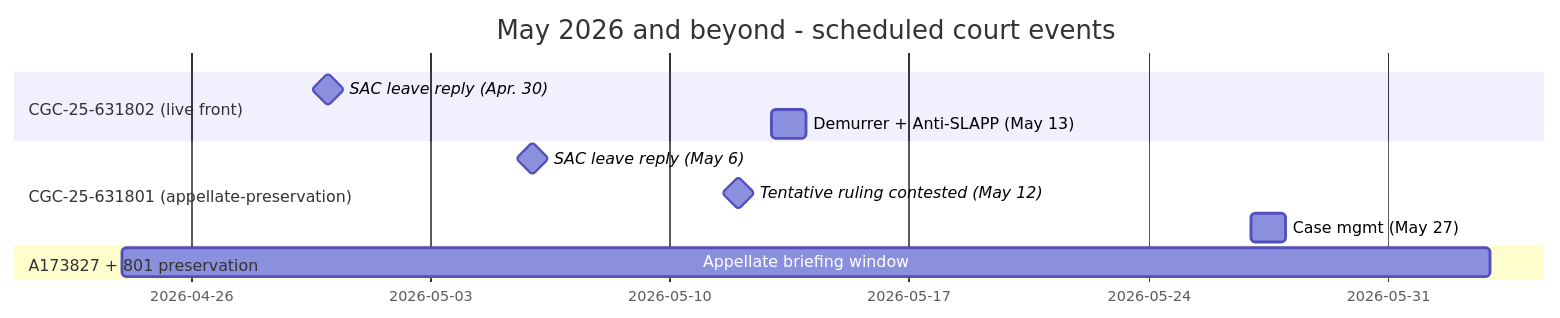
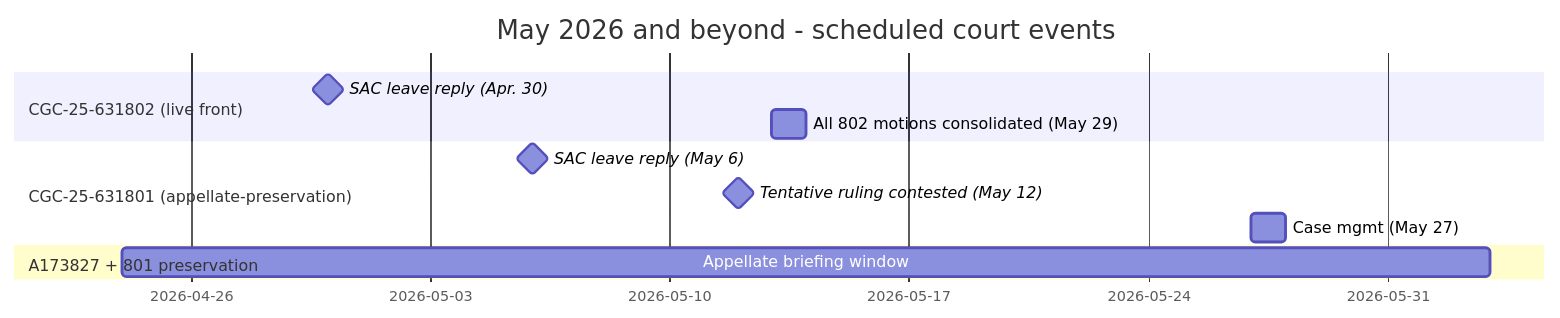
The first of 3 diagrams in README.md (Municipal-Public-Trust-in-A-i/CSAA-ABDELHALIM-WONG-PSA-CSK), drawn with Mermaid before and after one commit. The commit also changed other lines of this file and 16 other files, not shown here.

````diff
--- a/README.md
+++ b/README.md
@@ -267,14 +267,14 @@
 ```mermaid
 gantt
     title May 2026 and beyond - scheduled court events
     dateFormat YYYY-MM-DD
     section CGC-25-631802 (live front)
     SAC leave reply (Apr. 30)        :milestone, m802a, 2026-04-30, 0d
-    Demurrer + Anti-SLAPP (May 13)   :m802b, 2026-05-13, 1d
+    All 802 motions consolidated (May 29)   :m802b, 2026-05-13, 1d
     section CGC-25-631801 (appellate-preservation)
     SAC leave reply (May 6)          :milestone, m801a, 2026-05-06, 0d
     Tentative ruling contested (May 12) :milestone, m801x, 2026-05-12, 0d
     Case mgmt (May 27)               :m801b, 2026-05-27, 1d
     section A173827 + 801 preservation
     Appellate briefing window        :a173, 2026-04-24, 40d
 ```
````
